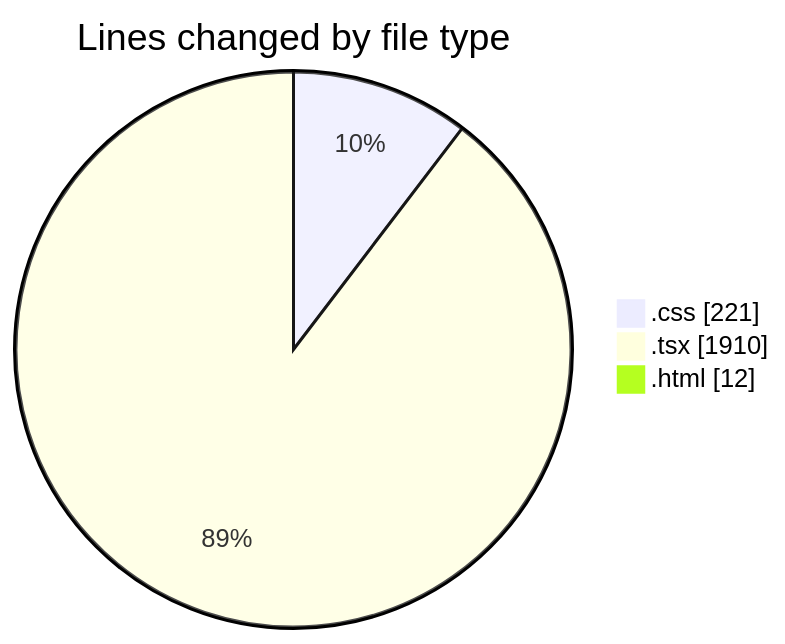
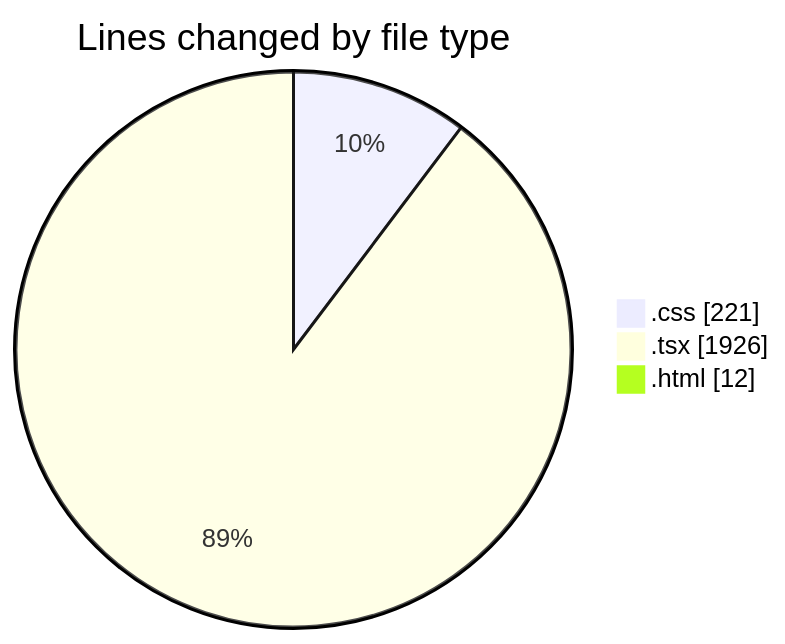
The first of 2 diagrams in 2025-03-29/binarysec/README.md (Elitesun/code-tracking), drawn with Mermaid before and after one commit. The commit also changed other lines of this file and 1 other file, not shown here.

````diff
--- a/2025-03-29/binarysec/README.md
+++ b/2025-03-29/binarysec/README.md
@@ -32,7 +32,7 @@
 ```mermaid
 pie showData
 title Lines changed by file type
 ".css" : 221
-".tsx" : 1910
+".tsx" : 1926
 ".html" : 12
 ```
````
